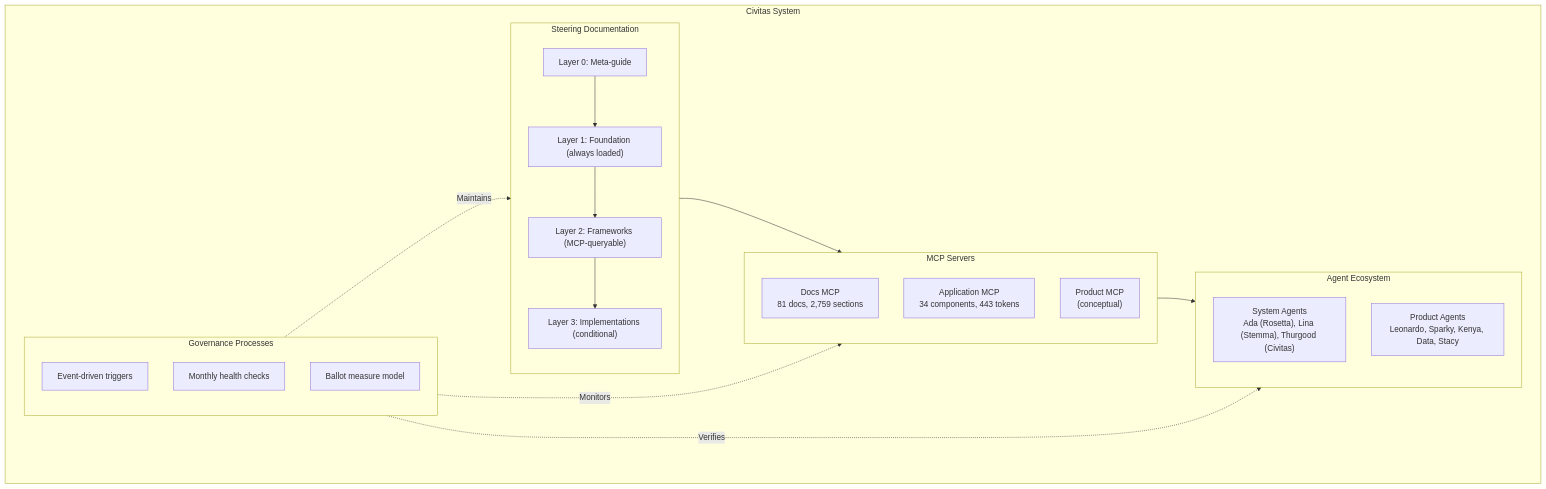
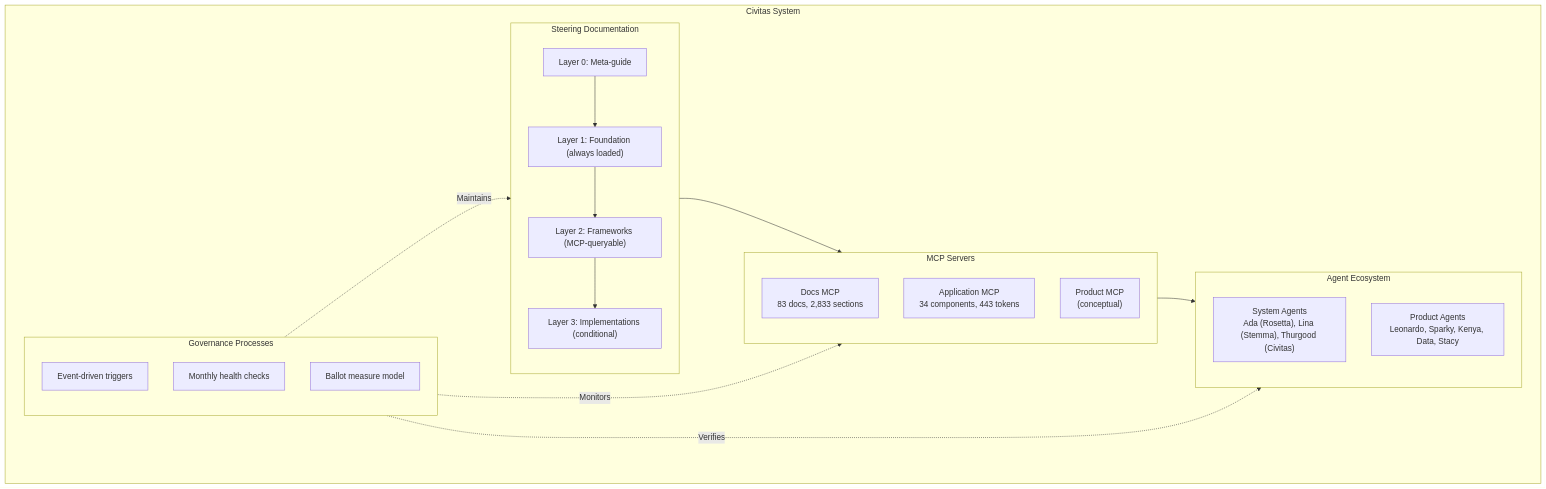
The fourth of 6 diagrams in .kiro/steering/DesignerPunk-Systems-Overview.md (3fn/DesignerPunk), drawn with Mermaid before and after one commit. The commit also changed other lines of this file and 1 other file, not shown here.

````diff
--- a/.kiro/steering/DesignerPunk-Systems-Overview.md
+++ b/.kiro/steering/DesignerPunk-Systems-Overview.md
@@ -166,35 +166,35 @@
 ```mermaid
 flowchart TB
     subgraph Civitas["Civitas System"]
         subgraph Docs["Steering Documentation"]
             L0["Layer 0: Meta-guide"]
             L1["Layer 1: Foundation (always loaded)"]
             L2["Layer 2: Frameworks (MCP-queryable)"]
             L3["Layer 3: Implementations (conditional)"]
             L0 --> L1 --> L2 --> L3
         end
 
         subgraph MCPs["MCP Servers"]
-            DocsMCP["Docs MCP<br/>81 docs, 2,759 sections"]
+            DocsMCP["Docs MCP<br/>83 docs, 2,833 sections"]
             AppMCP["Application MCP<br/>34 components, 443 tokens"]
             ProdMCP["Product MCP<br/>(conceptual)"]
         end
 
         subgraph Agents["Agent Ecosystem"]
             Sys["System Agents<br/>Ada (Rosetta), Lina (Stemma), Thurgood (Civitas)"]
             Prod["Product Agents<br/>Leonardo, Sparky, Kenya, Data, Stacy"]
         end
 
         subgraph Governance["Governance Processes"]
             Triggers["Event-driven triggers"]
             Cadence["Monthly health checks"]
             Ballot["Ballot measure model"]
         end
     end
 
     Docs --> MCPs
     MCPs --> Agents
     Governance -.->|"Maintains"| Docs
     Governance -.->|"Monitors"| MCPs
     Governance -.->|"Verifies"| Agents
 ```
````
